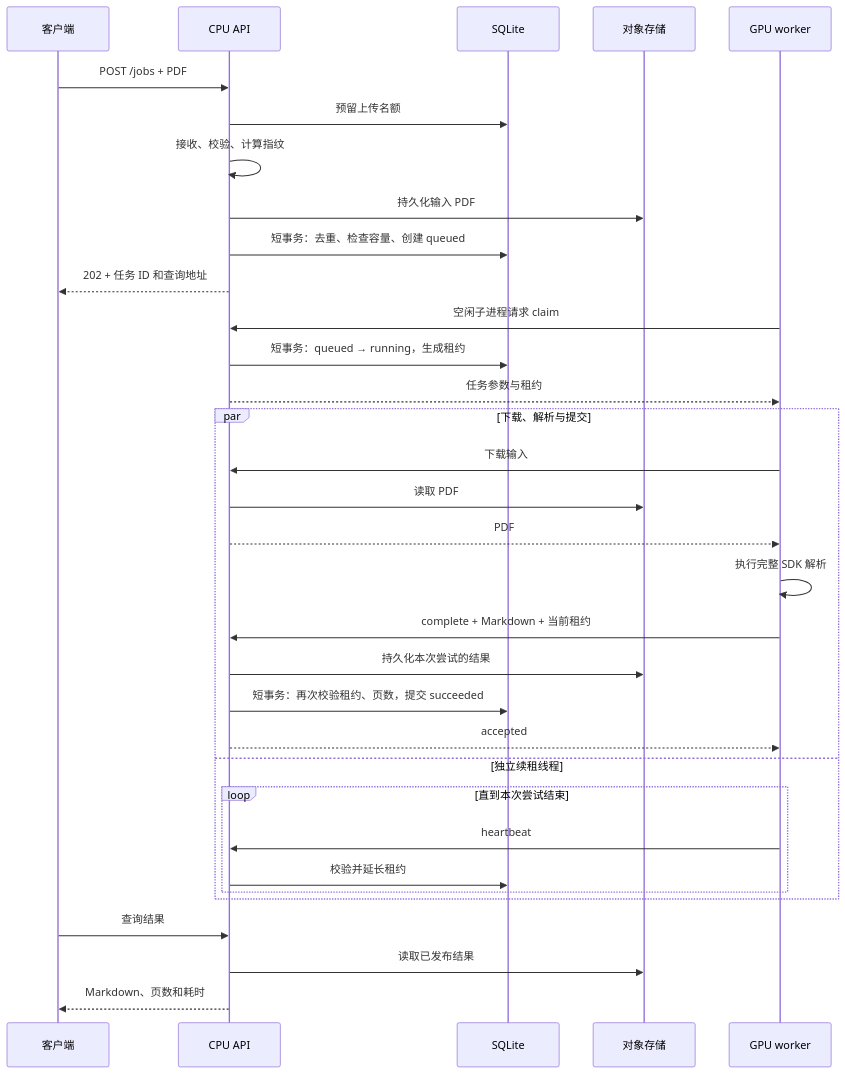
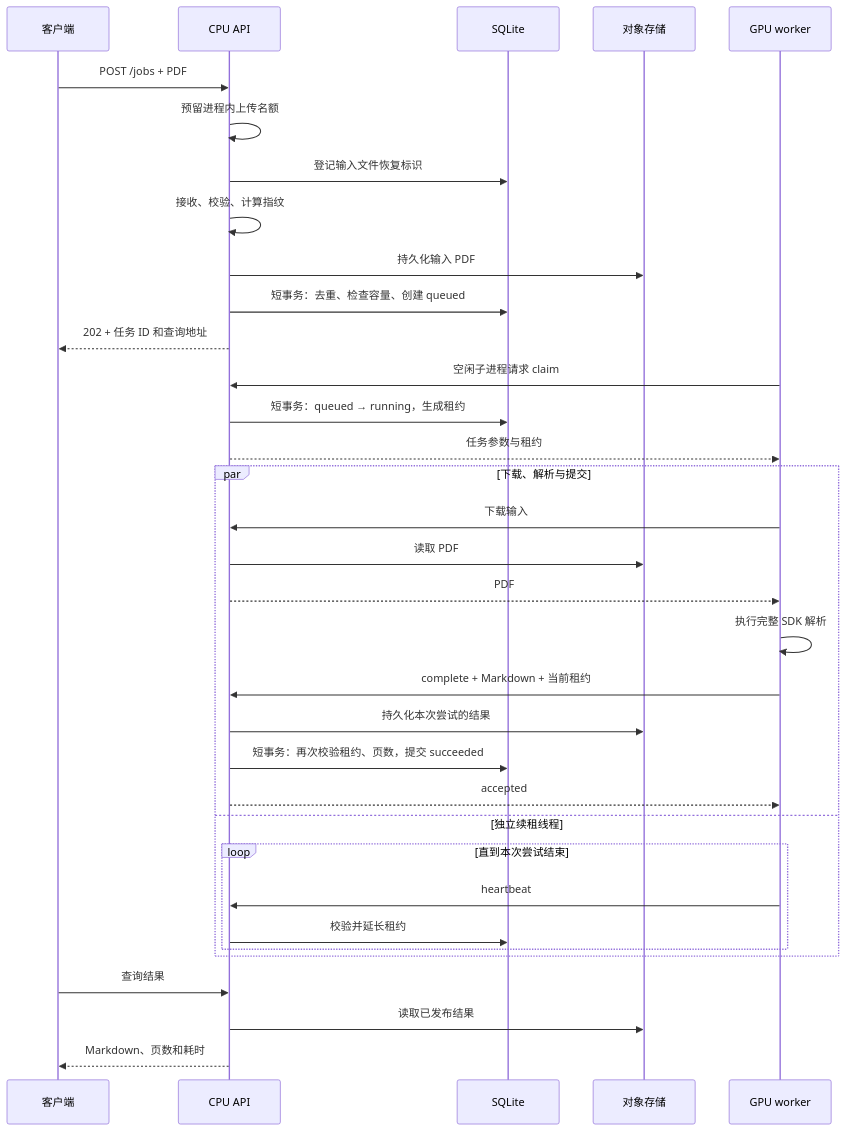
One commit to zhanghx0905/MinerU-Parse-Service changed the second of 3 diagrams in docs/scheduling.md. Above: the diagram before and after it, drawn with Mermaid. The commit also changed other lines of this file and 68 other files, not shown here.

Commit message:
refactor: unify persistent queue architecture for v1.4.0

````diff
--- a/docs/scheduling.md
+++ b/docs/scheduling.md
@@ -50,35 +49,36 @@
 ```mermaid
 sequenceDiagram
     participant C as 客户端
     participant A as CPU API
     participant D as SQLite
     participant O as 对象存储
     participant W as GPU worker
     C->>A: POST /jobs + PDF
-    A->>D: 预留上传名额
+    A->>A: 预留进程内上传名额
+    A->>D: 登记输入文件恢复标识
     A->>A: 接收、校验、计算指纹
     A->>O: 持久化输入 PDF
     A->>D: 短事务：去重、检查容量、创建 queued
     A-->>C: 202 + 任务 ID 和查询地址
     W->>A: 空闲子进程请求 claim
     A->>D: 短事务：queued → running，生成租约
     A-->>W: 任务参数与租约
     par 下载、解析与提交
         W->>A: 下载输入
         A->>O: 读取 PDF
         A-->>W: PDF
         W->>W: 执行完整 SDK 解析
         W->>A: complete + Markdown + 当前租约
         A->>O: 持久化本次尝试的结果
         A->>D: 短事务：再次校验租约、页数，提交 succeeded
         A-->>W: accepted
     and 独立续租线程
         loop 直到本次尝试结束
             W->>A: heartbeat
             A->>D: 校验并延长租约
         end
     end
     C->>A: 查询结果
     A->>O: 读取已发布结果
     A-->>C: Markdown、页数和耗时
 ```
````
